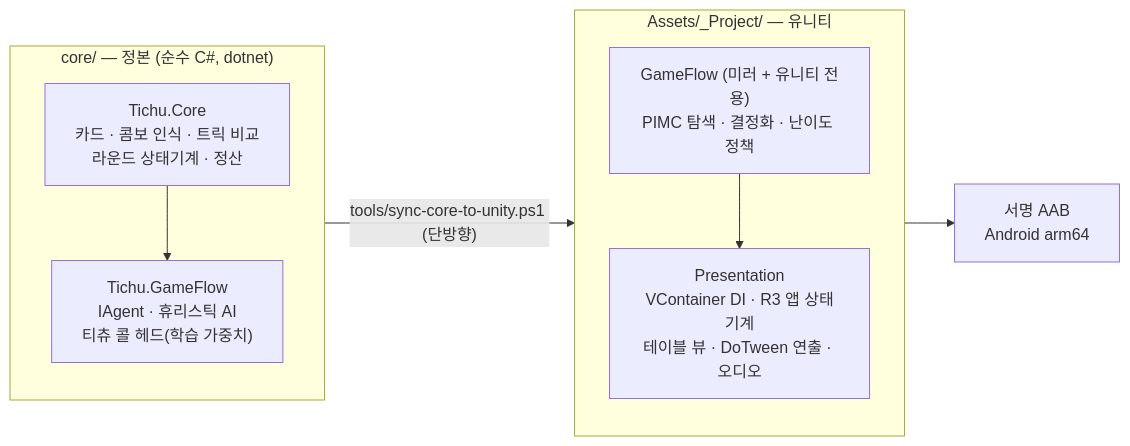
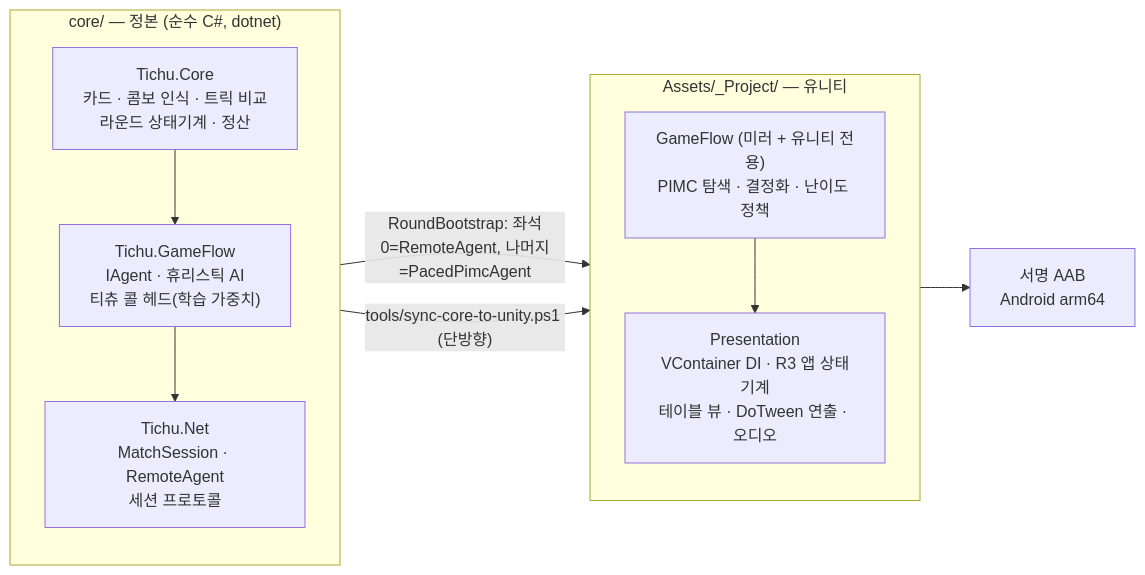
The diagram in README.md (kas328/Tichu), drawn with Mermaid before and after one commit. The commit also changed other lines of this file and 5 other files, not shown here.

````diff
--- a/README.md
+++ b/README.md
@@ -29,20 +29,23 @@
 ```mermaid
 flowchart LR
     subgraph core["core/ — 정본 (순수 C#, dotnet)"]
         direction TB
         C1["Tichu.Core<br/>카드 · 콤보 인식 · 트릭 비교<br/>라운드 상태기계 · 정산"]
         C2["Tichu.GameFlow<br/>IAgent · 휴리스틱 AI<br/>티츄 콜 헤드(학습 가중치)"]
+        C3["Tichu.Net<br/>MatchSession · RemoteAgent<br/>세션 프로토콜"]
         C1 --> C2
+        C2 --> C3
     end
 
     subgraph unity["Assets/_Project/ — 유니티"]
         direction TB
         U1["GameFlow (미러 + 유니티 전용)<br/>PIMC 탐색 · 결정화 · 난이도 정책"]
         U2["Presentation<br/>VContainer DI · R3 앱 상태기계<br/>테이블 뷰 · DoTween 연출 · 오디오"]
         U1 --> U2
     end
 
     core -- "tools/sync-core-to-unity.ps1 (단방향)" --> unity
+    C3 -- "RoundBootstrap: 좌석0=RemoteAgent, 나머지=PacedPimcAgent" --> U2
 
     U2 --> APK["서명 AAB<br/>Android arm64"]
 ```
````
